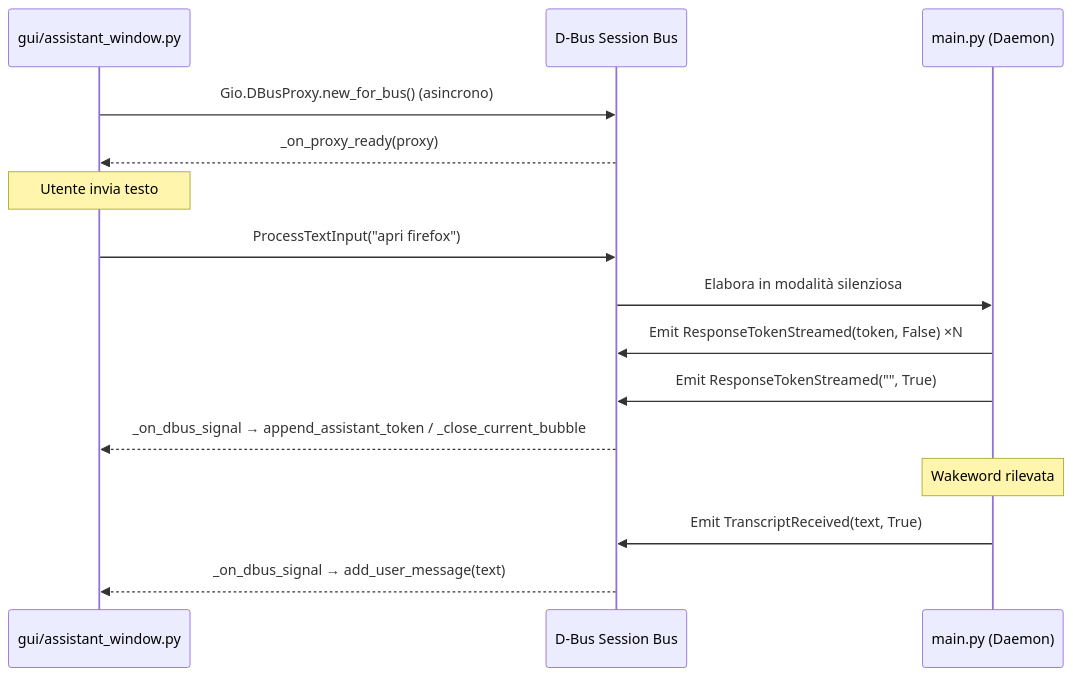
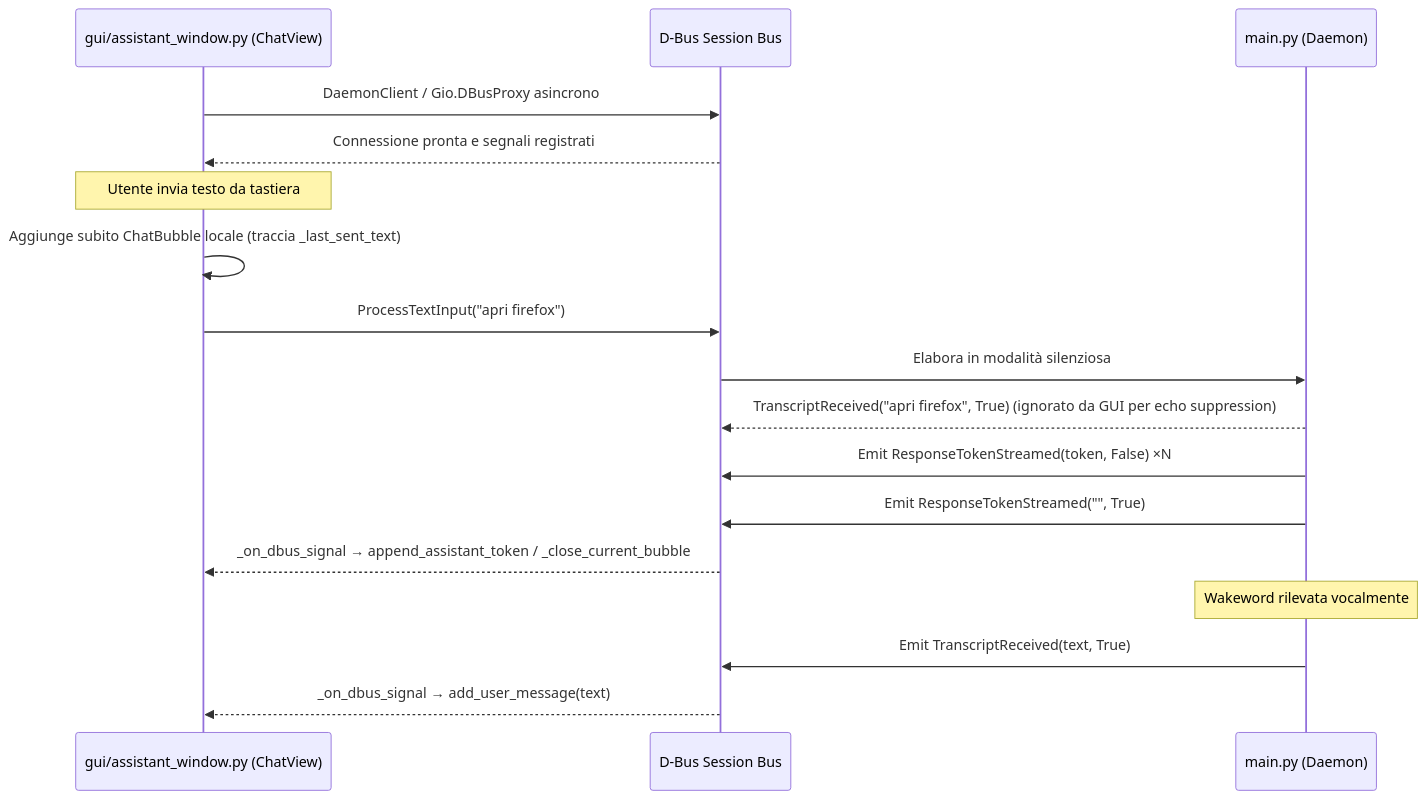
Before and after one commit to Scroker/voice-assistant: the third of 4 diagrams in docs/architecture.md, drawn with Mermaid. The commit also changed other lines of this file and 167 other files, not shown here.

````diff
--- a/docs/architecture.md
+++ b/docs/architecture.md
@@ -185,20 +208,22 @@
 ```mermaid
 sequenceDiagram
-    participant GUI as gui/assistant_window.py
+    participant GUI as gui/assistant_window.py (ChatView)
     participant Bus as D-Bus Session Bus
     participant Daemon as main.py (Daemon)
 
-    GUI->>Bus: Gio.DBusProxy.new_for_bus() (asincrono)
-    Bus-->>GUI: _on_proxy_ready(proxy)
+    GUI->>Bus: DaemonClient / Gio.DBusProxy asincrono
+    Bus-->>GUI: Connessione pronta e segnali registrati
 
-    Note over GUI: Utente invia testo
+    Note over GUI: Utente invia testo da tastiera
+    GUI->>GUI: Aggiunge subito ChatBubble locale (traccia _last_sent_text)
     GUI->>Bus: ProcessTextInput("apri firefox")
     Bus->>Daemon: Elabora in modalità silenziosa
+    Daemon-->>Bus: TranscriptReceived("apri firefox", True) (ignorato da GUI per echo suppression)
     Daemon->>Bus: Emit ResponseTokenStreamed(token, False) ×N
     Daemon->>Bus: Emit ResponseTokenStreamed("", True)
     Bus-->>GUI: _on_dbus_signal → append_assistant_token / _close_current_bubble
 
-    Note over Daemon: Wakeword rilevata
+    Note over Daemon: Wakeword rilevata vocalmente
     Daemon->>Bus: Emit TranscriptReceived(text, True)
     Bus-->>GUI: _on_dbus_signal → add_user_message(text)
 ```
````
